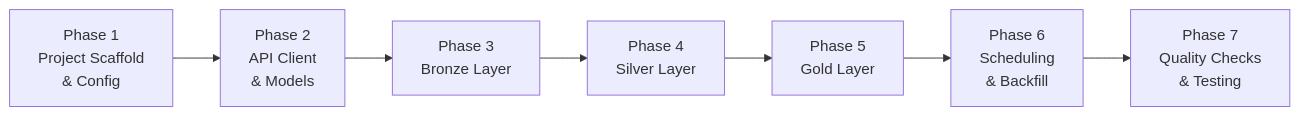
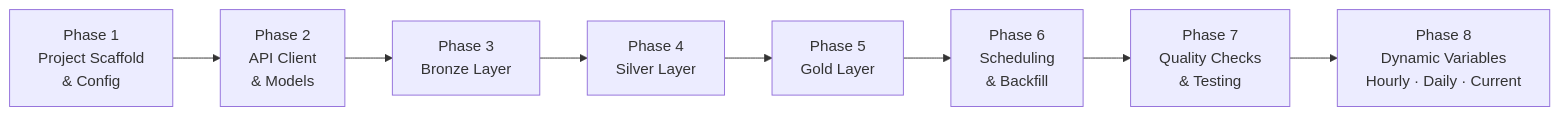
The first of 2 diagrams in docs/implementation-plan.md (datvuong/weather_forecast), drawn with Mermaid before and after one commit. The commit also changed other lines of this file, not shown here.

First line of the commit message:
docs: Phase 8 plan — dynamic Open-Meteo variables (hourly, daily, current)

````diff
--- a/docs/implementation-plan.md
+++ b/docs/implementation-plan.md
@@ -19,12 +19,13 @@
 ```mermaid
 flowchart LR
     P1["Phase 1<br/>Project Scaffold<br/>& Config"]
     P2["Phase 2<br/>API Client<br/>& Models"]
     P3["Phase 3<br/>Bronze Layer"]
     P4["Phase 4<br/>Silver Layer"]
     P5["Phase 5<br/>Gold Layer"]
     P6["Phase 6<br/>Scheduling<br/>& Backfill"]
     P7["Phase 7<br/>Quality Checks<br/>& Testing"]
+    P8["Phase 8<br/>Dynamic Variables<br/>Hourly · Daily · Current"]
 
-    P1 --> P2 --> P3 --> P4 --> P5 --> P6 --> P7
+    P1 --> P2 --> P3 --> P4 --> P5 --> P6 --> P7 --> P8
 ```
````
